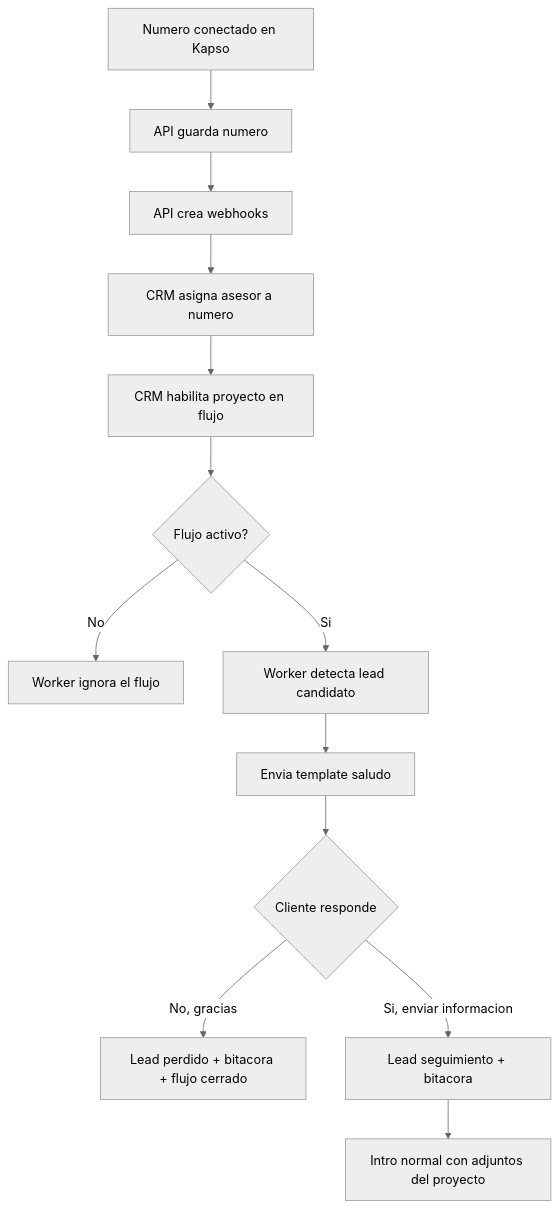
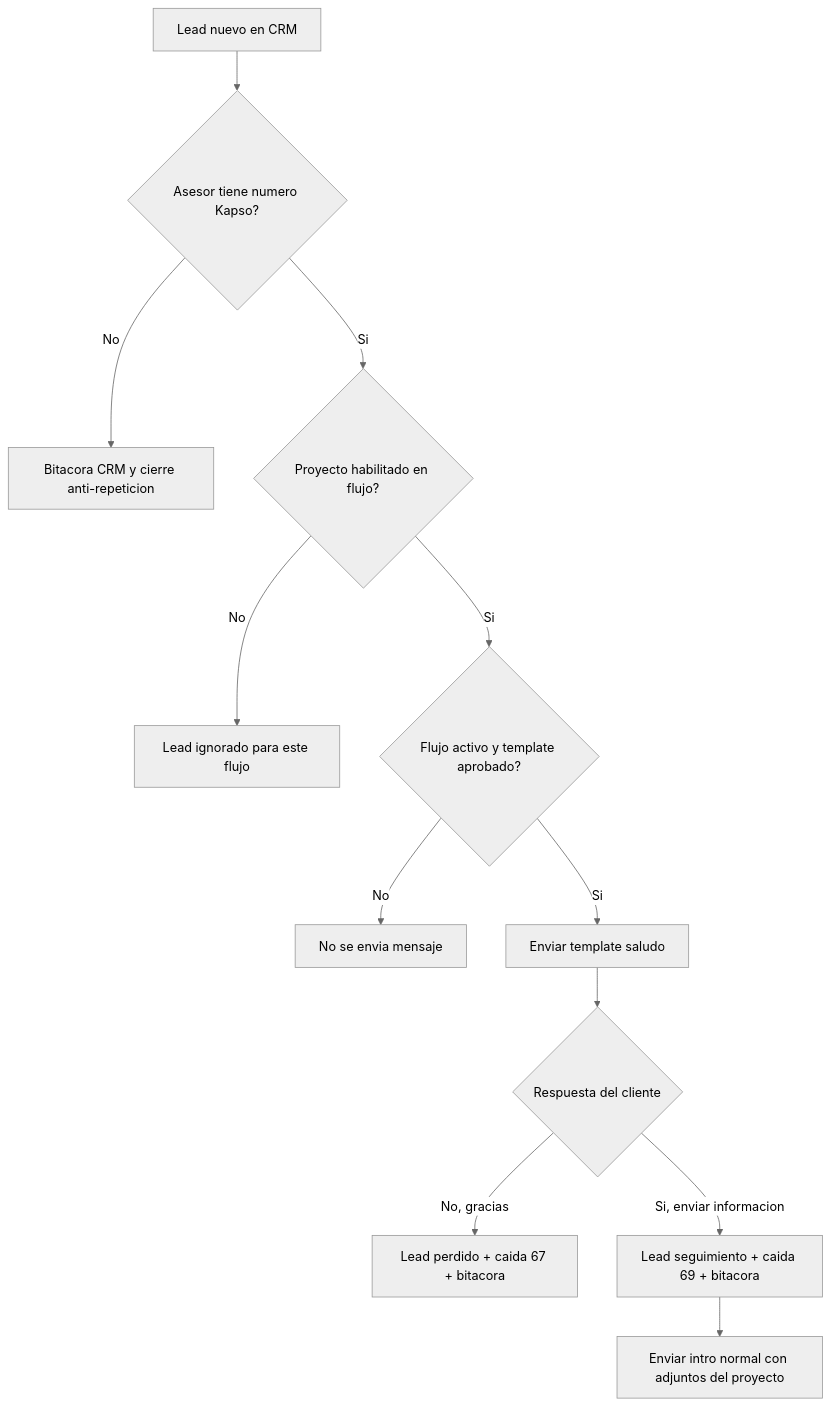
Before and after one commit to roccacr/CRM_VENTAS: the first of 9 diagrams in README.md, drawn with Mermaid (neutral theme). The commit also changed other lines of this file and 19 other files, not shown here.

````diff
--- a/README.md
+++ b/README.md
@@ -47,15 +52,14 @@
 ```mermaid
 flowchart TD
-  A["Numero conectado en Kapso"] --> B["API guarda numero"]
-  B --> C["API crea webhooks"]
-  C --> D["CRM asigna asesor a numero"]
-  D --> E["CRM habilita proyecto en flujo"]
-  E --> EA{"Flujo activo?"}
-  EA -- "No" --> EZ["Worker ignora el flujo"]
-  EA -- "Si" --> F["Worker detecta lead candidato"]
-  F --> G["Envia template saludo"]
-  G --> H{"Cliente responde"}
-  H -- "No, gracias" --> I["Lead perdido + bitacora + flujo cerrado"]
-  H -- "Si, enviar informacion" --> J["Lead seguimiento + bitacora"]
-  J --> K["Intro normal con adjuntos del proyecto"]
+  A["Lead nuevo en CRM"] --> B{"Asesor tiene numero Kapso?"}
+  B -- "No" --> B1["Bitacora CRM y cierre anti-repeticion"]
+  B -- "Si" --> C{"Proyecto habilitado en flujo?"}
+  C -- "No" --> C1["Lead ignorado para este flujo"]
+  C -- "Si" --> D{"Flujo activo y template aprobado?"}
+  D -- "No" --> D1["No se envia mensaje"]
+  D -- "Si" --> E["Enviar template saludo"]
+  E --> F{"Respuesta del cliente"}
+  F -- "No, gracias" --> G["Lead perdido + caida 67 + bitacora"]
+  F -- "Si, enviar informacion" --> H["Lead seguimiento + caida 69 + bitacora"]
+  H --> I["Enviar intro normal con adjuntos del proyecto"]
 ```
````
